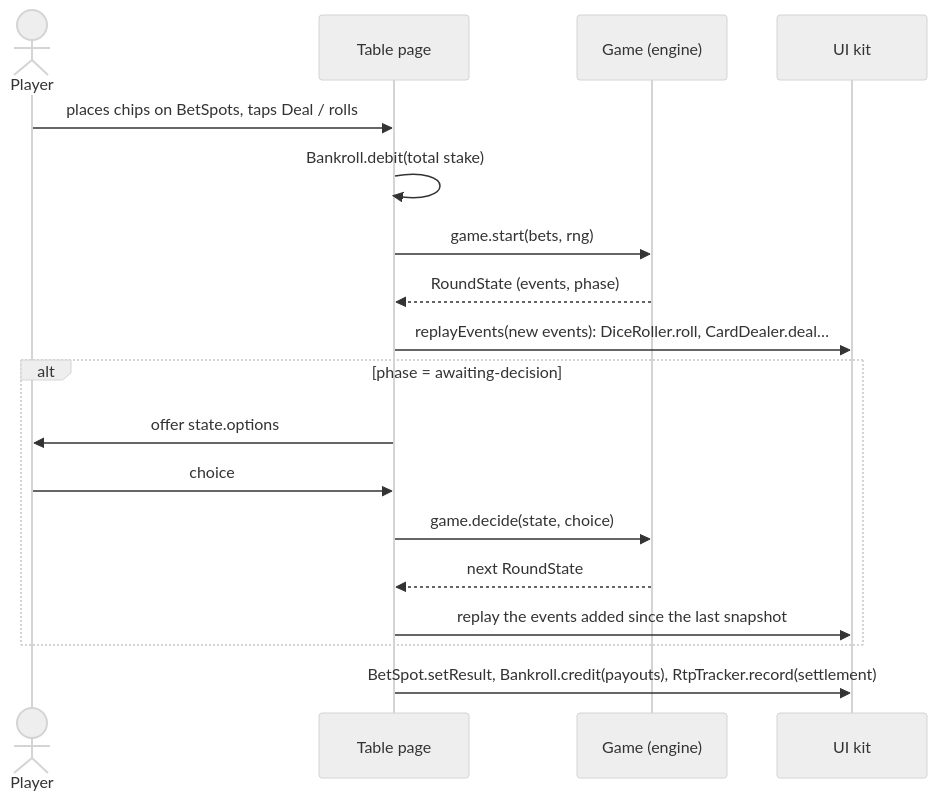
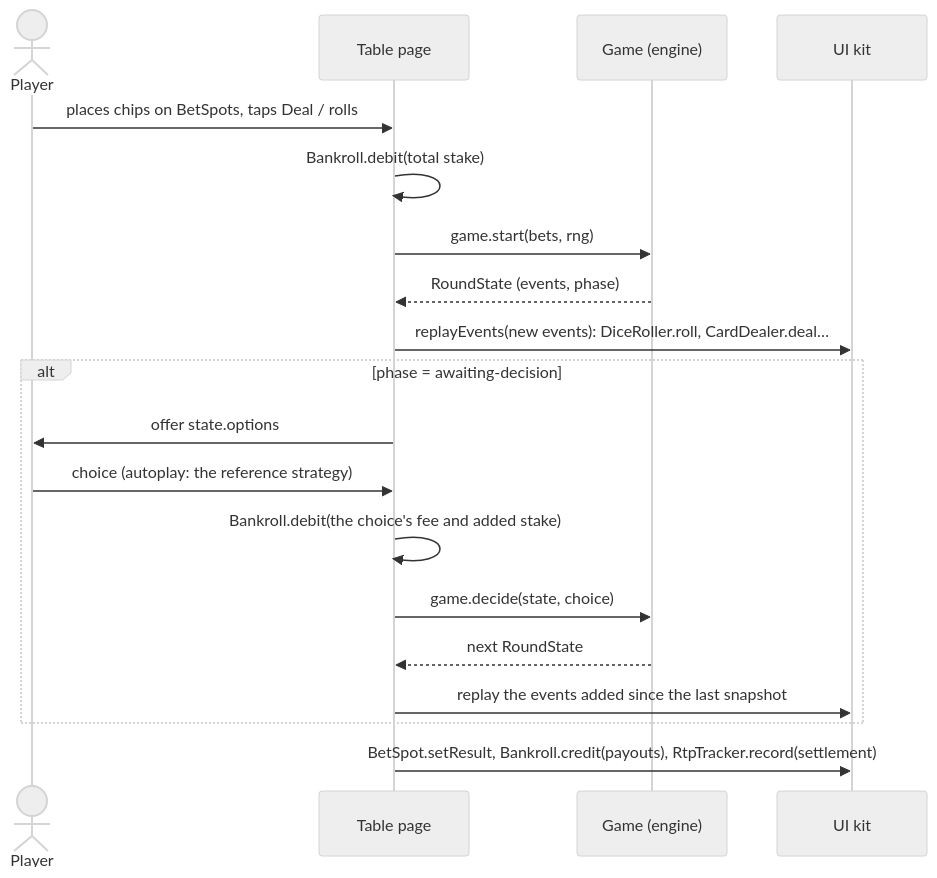
One commit to jonathascosta/CasinoGames changed the third of 3 diagrams in docs/ARCHITECTURE.md. Above: the diagram before and after it, drawn with Mermaid (neutral theme). The commit also changed other lines of this file and 4 other files, not shown here.

First line of the commit message:
docs: record Trancar in the README, architecture, math notes and prompts

````diff
--- a/docs/ARCHITECTURE.md
+++ b/docs/ARCHITECTURE.md
@@ -442,20 +481,21 @@
 ```mermaid
 sequenceDiagram
   actor Player
   participant Table as Table page
   participant Engine as Game (engine)
   participant Kit as UI kit
   Player->>Table: places chips on BetSpots, taps Deal / rolls
   Table->>Table: Bankroll.debit(total stake)
   Table->>Engine: game.start(bets, rng)
   Engine-->>Table: RoundState (events, phase)
   Table->>Kit: replayEvents(new events): DiceRoller.roll, CardDealer.deal…
   alt phase = awaiting-decision
     Table->>Player: offer state.options
-    Player->>Table: choice
+    Player->>Table: choice (autoplay: the reference strategy)
+    Table->>Table: Bankroll.debit(the choice's fee and added stake)
     Table->>Engine: game.decide(state, choice)
     Engine-->>Table: next RoundState
     Table->>Kit: replay the events added since the last snapshot
   end
   Table->>Kit: BetSpot.setResult, Bankroll.credit(payouts), RtpTracker.record(settlement)
 ```
````
